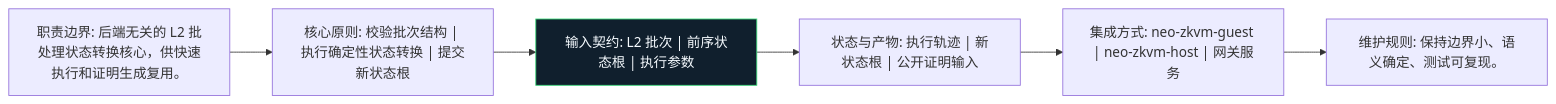
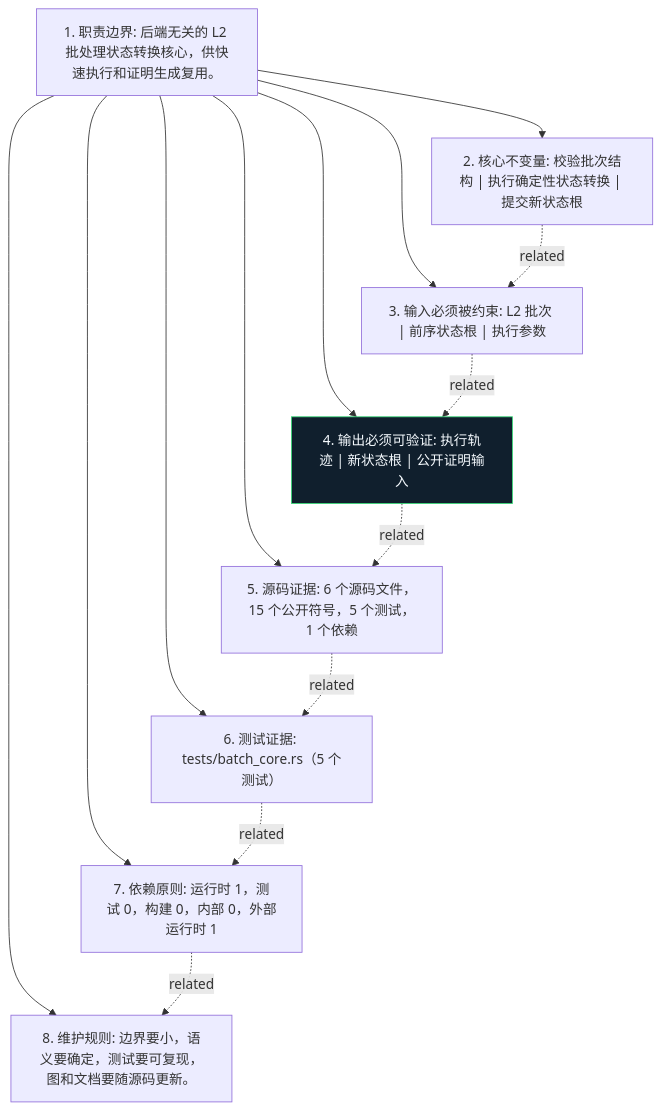
Before and after one commit to r3e-network/neo-n4: the diagram in bridge/neo-execution-core/docs/figures/principles.zh.mmd, drawn with Mermaid. The commit also changed 355 other files, not shown here.

Commit message:
Deepen crate diagrams with source-aware atlas

```diff
--- a/bridge/neo-execution-core/docs/figures/principles.zh.mmd
+++ b/bridge/neo-execution-core/docs/figures/principles.zh.mmd
@@ -1,14 +1,24 @@
-flowchart LR
-    N1["职责边界: 后端无关的 L2 批处理状态转换核心，供快速执行和证明生成复用。"]
-    N2["核心原则: 校验批次结构 | 执行确定性状态转换 | 提交新状态根"]
-    N3["输入契约: L2 批次 | 前序状态根 | 执行参数"]
-    N4["状态与产物: 执行轨迹 | 新状态根 | 公开证明输入"]
-    N5["集成方式: neo-zkvm-guest | neo-zkvm-host | 网关服务"]
-    N6["维护规则: 保持边界小、语义确定、测试可复现。"]
+flowchart TB
+    N1["1. 职责边界: 后端无关的 L2 批处理状态转换核心，供快速执行和证明生成复用。"]
+    N2["2. 核心不变量: 校验批次结构 | 执行确定性状态转换 | 提交新状态根"]
+    N3["3. 输入必须被约束: L2 批次 | 前序状态根 | 执行参数"]
+    N4["4. 输出必须可验证: 执行轨迹 | 新状态根 | 公开证明输入"]
+    N5["5. 源码证据: 6 个源码文件，15 个公开符号，5 个测试，1 个依赖"]
+    N6["6. 测试证据: tests/batch_core.rs（5 个测试）"]
+    N7["7. 依赖原则: 运行时 1，测试 0，构建 0，内部 0，外部运行时 1"]
+    N8["8. 维护规则: 边界要小，语义要确定，测试要可复现，图和文档要随源码更新。"]
     N1 --> N2
-    N2 --> N3
-    N3 --> N4
-    N4 --> N5
-    N5 --> N6
+    N1 --> N3
+    N1 --> N4
+    N1 --> N5
+    N1 --> N6
+    N1 --> N7
+    N1 --> N8
+    N2 -. related .-> N3
+    N3 -. related .-> N4
+    N4 -. related .-> N5
+    N5 -. related .-> N6
+    N6 -. related .-> N7
+    N7 -. related .-> N8
     classDef crate fill:#101f2d,stroke:#38d978,color:#f6fbff
-    class N3 crate
+    class N4 crate
```
